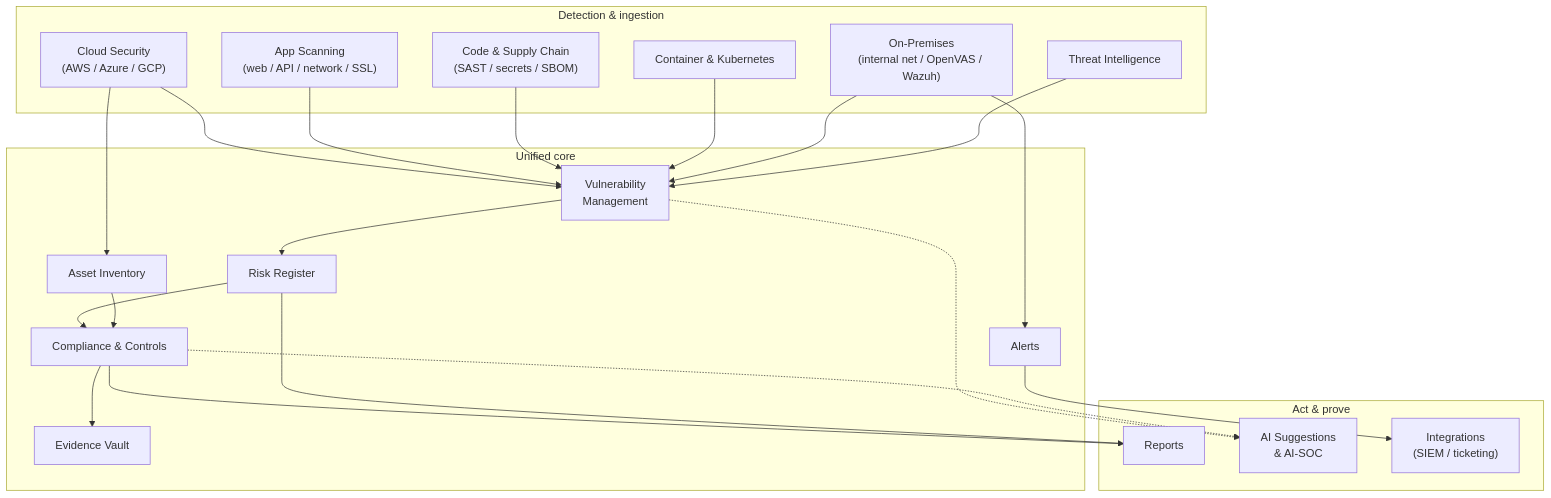
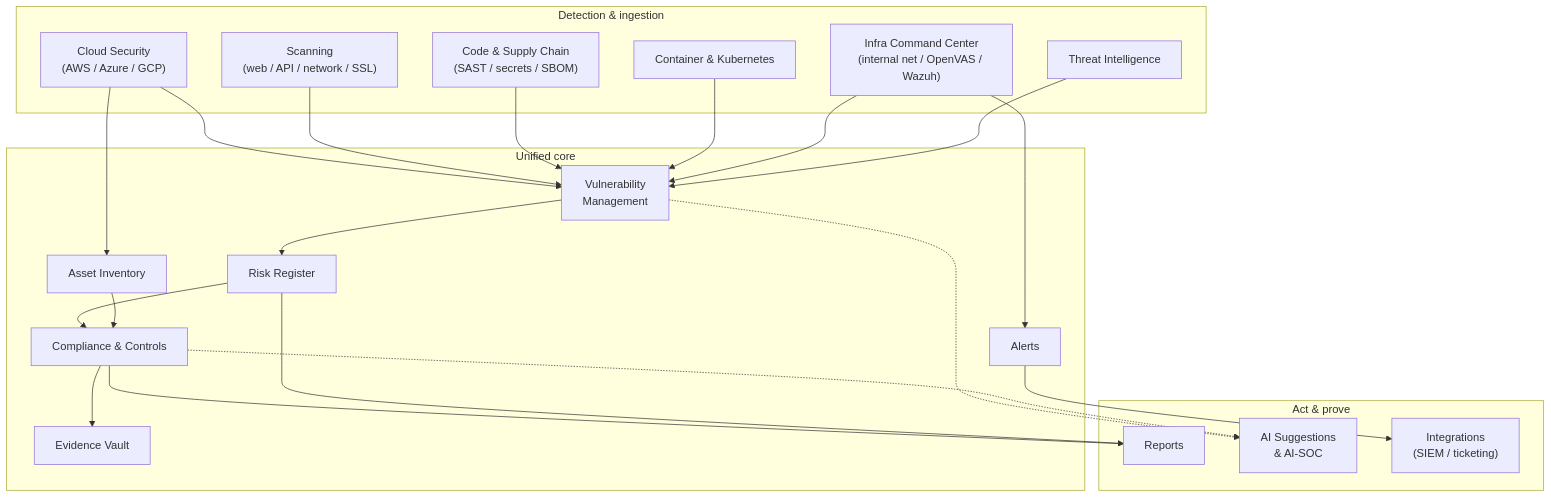
The diagram in docs/introduction/platform-at-a-glance.md (niteshsaini/offloadsecurity-docs), drawn with Mermaid before and after one commit. The commit also changed other lines of this file and 156 other files, not shown here.

````diff
--- a/docs/introduction/platform-at-a-glance.md
+++ b/docs/introduction/platform-at-a-glance.md
@@ -14,40 +14,40 @@
 ```mermaid
 flowchart TB
     subgraph Sources["Detection & ingestion"]
         CL["Cloud Security<br/>(AWS / Azure / GCP)"]
-        SC["App Scanning<br/>(web / API / network / SSL)"]
+        SC["Scanning<br/>(web / API / network / SSL)"]
         CODE["Code & Supply Chain<br/>(SAST / secrets / SBOM)"]
         CN["Container & Kubernetes"]
-        ONP["On-Premises<br/>(internal net / OpenVAS / Wazuh)"]
+        ONP["Infra Command Center<br/>(internal net / OpenVAS / Wazuh)"]
         TI["Threat Intelligence"]
     end
 
     subgraph Core["Unified core"]
         VM["Vulnerability<br/>Management"]
         ASSET["Asset Inventory"]
         RISK["Risk Register"]
         COMP["Compliance & Controls"]
         EVID["Evidence Vault"]
         ALERT["Alerts"]
     end
 
     subgraph Outcomes["Act & prove"]
         REP["Reports"]
         AI["AI Suggestions<br/>& AI-SOC"]
         INT["Integrations<br/>(SIEM / ticketing)"]
     end
 
     CL --> VM & ASSET
     SC --> VM
     CODE --> VM
     CN --> VM
     ONP --> VM & ALERT
     TI --> VM
     VM --> RISK --> COMP --> EVID
     ASSET --> COMP
     ALERT --> INT
     COMP --> REP
     RISK --> REP
     VM -.-> AI
     COMP -.-> AI
 ```
````
